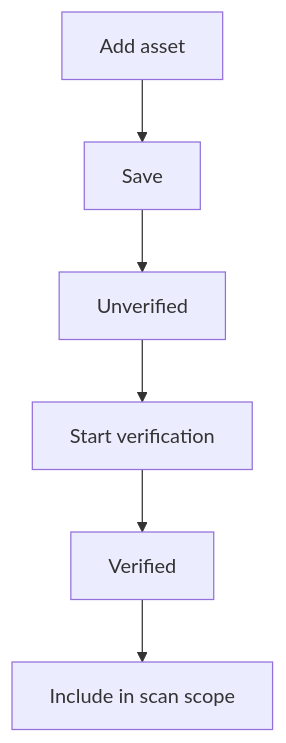
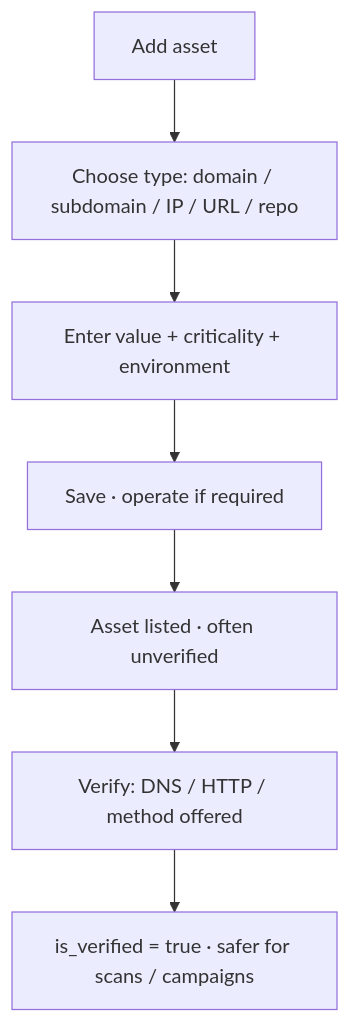
One commit to Phantom-Fort/Phantix-Frontend changed the diagram in docs/how-to/command-centre/03-add-and-verify-assets.md. Above: the diagram before and after it, drawn with Mermaid. The commit also changed other lines of this file and 44 other files, not shown here.

````diff
--- a/docs/how-to/command-centre/03-add-and-verify-assets.md
+++ b/docs/how-to/command-centre/03-add-and-verify-assets.md
@@ -31,8 +11,9 @@
 ```mermaid
 flowchart TD
-  A[Add asset] --> B[Save]
-  B --> C[Unverified]
-  C --> D[Start verification]
-  D --> E[Verified]
-  E --> F[Include in scan scope]
+  A[Add asset] --> B[Choose type: domain / subdomain / IP / URL / repo]
+  B --> C[Enter value + criticality + environment]
+  C --> D[Save · operate if required]
+  D --> E[Asset listed · often unverified]
+  E --> F[Verify: DNS / HTTP / method offered]
+  F --> G[is_verified = true · safer for scans / campaigns]
 ```
````
